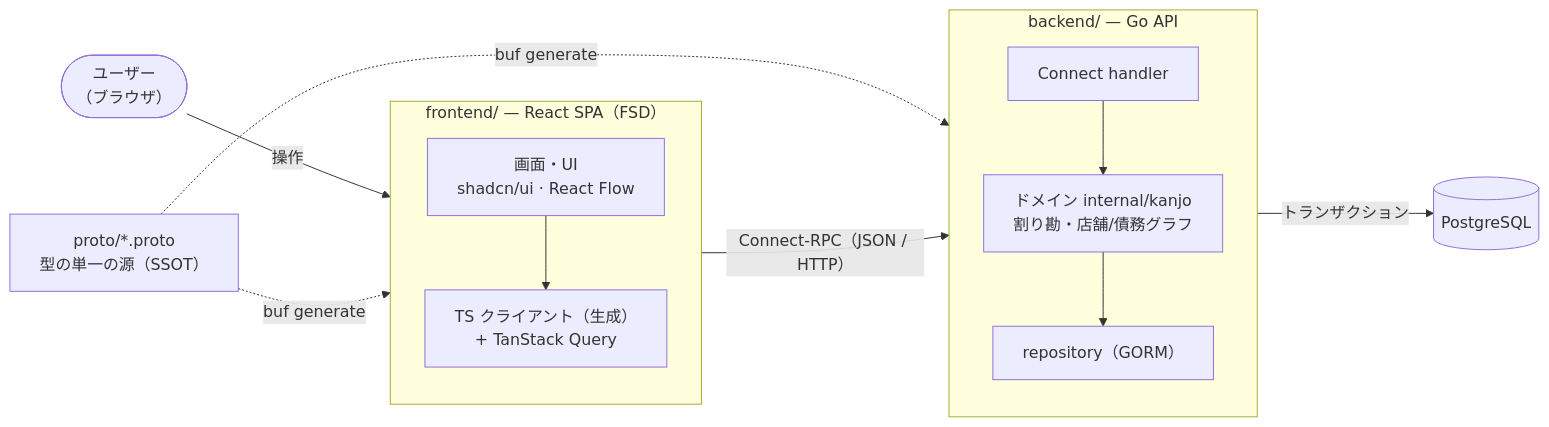
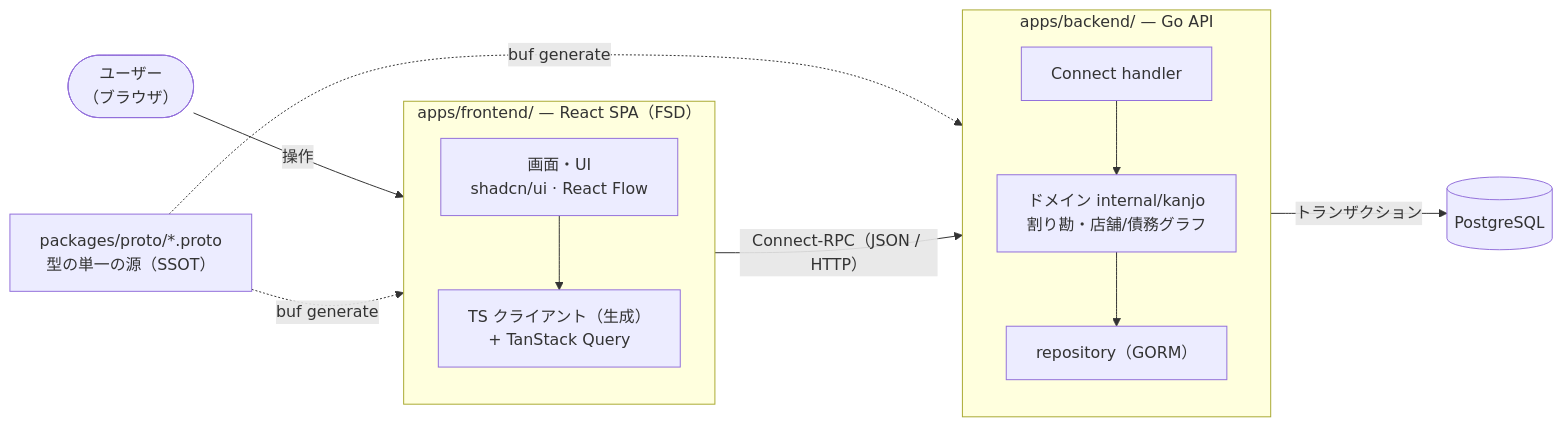
Before and after one commit to katsudon08/kanjo-kun: the diagram in docs/architecture.md, drawn with Mermaid. The commit also changed other lines of this file and 3 other files, not shown here.

First line of the commit message:
docs: モノレポ構成を apps/ + packages/proto へ移行

````diff
--- a/docs/architecture.md
+++ b/docs/architecture.md
@@ -9,28 +9,28 @@
 ```mermaid
 flowchart LR
     User(["ユーザー<br/>（ブラウザ）"])
 
-    subgraph FE["frontend/ — React SPA（FSD）"]
+    subgraph FE["apps/frontend/ — React SPA（FSD）"]
         direction TB
         UI["画面・UI<br/>shadcn/ui · React Flow"]
         Client["TS クライアント（生成）<br/>+ TanStack Query"]
         UI --> Client
     end
 
-    subgraph BE["backend/ — Go API"]
+    subgraph BE["apps/backend/ — Go API"]
         direction TB
         Handler["Connect handler"]
         Domain["ドメイン internal/kanjo<br/>割り勘・店舗/債務グラフ"]
         Repo["repository（GORM）"]
         Handler --> Domain --> Repo
     end
 
     DB[("PostgreSQL")]
-    Proto["proto/*.proto<br/>型の単一の源（SSOT）"]
+    Proto["packages/proto/*.proto<br/>型の単一の源（SSOT）"]
 
     User -->|操作| UI
     Client -->|"Connect-RPC（JSON / HTTP）"| Handler
     Repo -->|"トランザクション"| DB
     Proto -. "buf generate" .-> Client
     Proto -. "buf generate" .-> Handler
 ```
````
